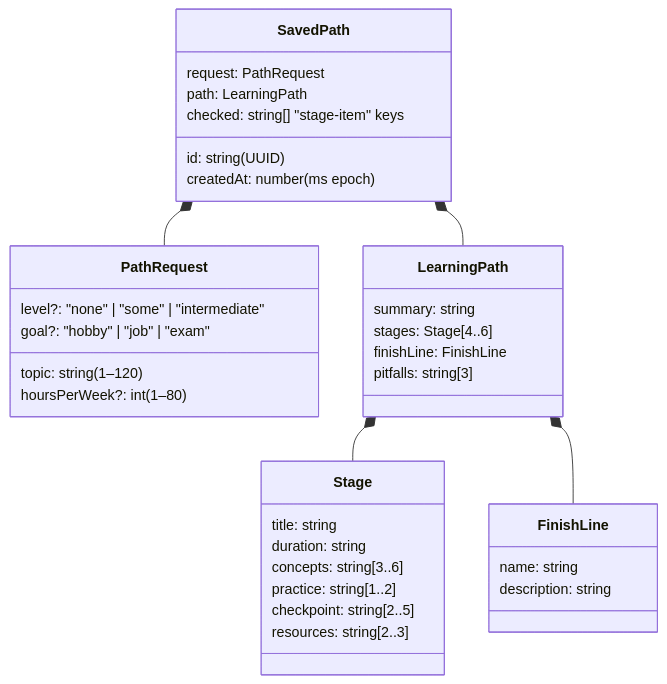
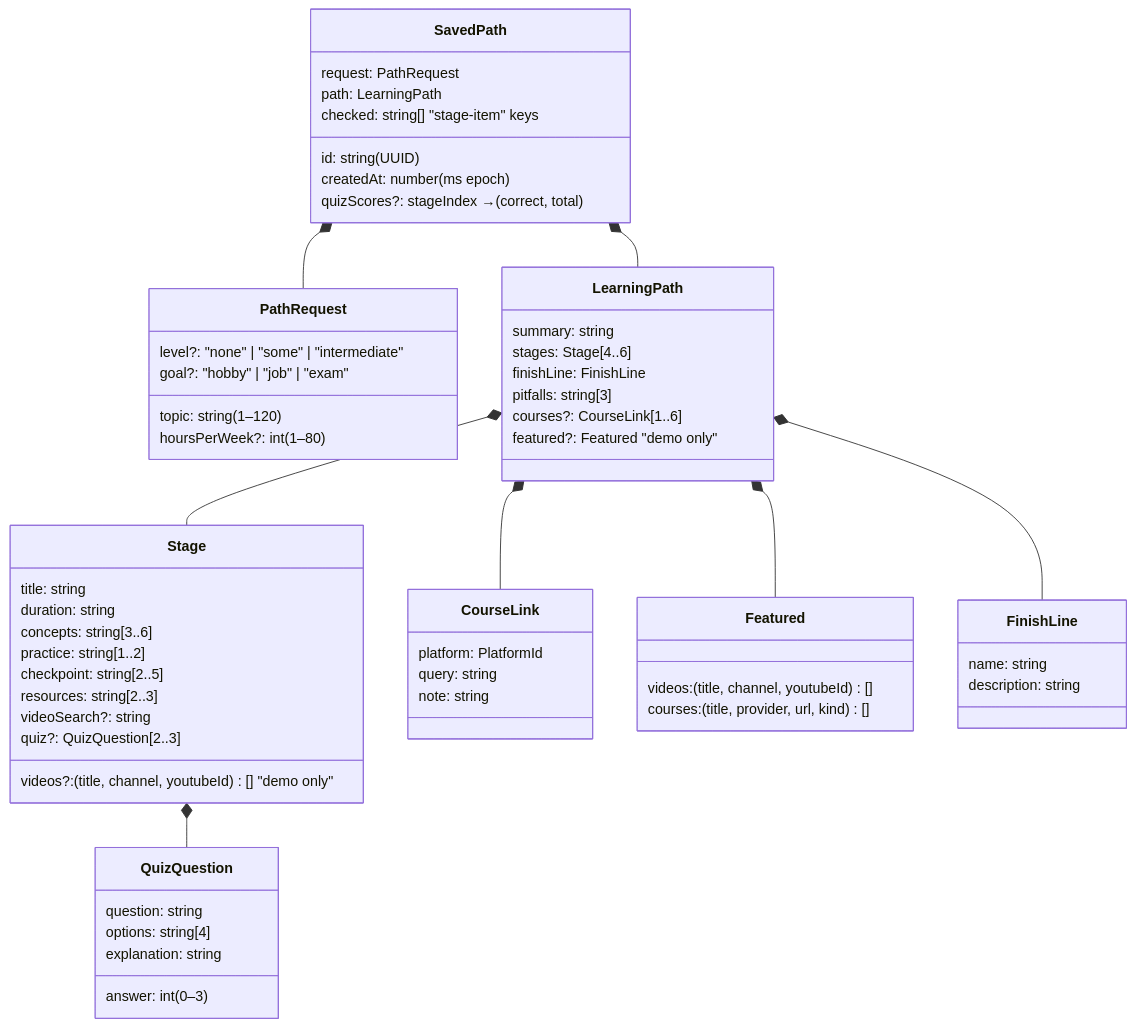
One commit to kprakz/ladderly changed the third of 5 diagrams in design.md. Above: the diagram before and after it, drawn with Mermaid. The commit also changed other lines of this file and 19 other files, not shown here.

First line of the commit message:
Add videos, course links and stage quizzes; detailed ML path

````diff
--- a/design.md
+++ b/design.md
@@ -115,38 +117,62 @@
 ```mermaid
 classDiagram
   class PathRequest {
     topic: string (1–120)
     level?: "none" | "some" | "intermediate"
     hoursPerWeek?: int (1–80)
     goal?: "hobby" | "job" | "exam"
   }
   class LearningPath {
     summary: string
     stages: Stage[4..6]
     finishLine: FinishLine
     pitfalls: string[3]
+    courses?: CourseLink[1..6]
+    featured?: Featured  "demo only"
   }
   class Stage {
     title: string
     duration: string
     concepts: string[3..6]
     practice: string[1..2]
     checkpoint: string[2..5]
     resources: string[2..3]
+    videoSearch?: string
+    quiz?: QuizQuestion[2..3]
+    videos?: (title, channel, youtubeId)[]  "demo only"
+  }
+  class QuizQuestion {
+    question: string
+    options: string[4]
+    answer: int (0–3)
+    explanation: string
+  }
+  class CourseLink {
+    platform: PlatformId
+    query: string
+    note: string
+  }
+  class Featured {
+    videos: (title, channel, youtubeId)[]
+    courses: (title, provider, url, kind)[]
   }
   class FinishLine {
     name: string
     description: string
   }
   class SavedPath {
     id: string (UUID)
     createdAt: number (ms epoch)
     request: PathRequest
     path: LearningPath
     checked: string[]  "stage-item" keys
+    quizScores?: stageIndex → (correct, total)
   }
   LearningPath *-- Stage
+  Stage *-- QuizQuestion
+  LearningPath *-- CourseLink
+  LearningPath *-- Featured
   LearningPath *-- FinishLine
   SavedPath *-- PathRequest
   SavedPath *-- LearningPath
 ```
````
